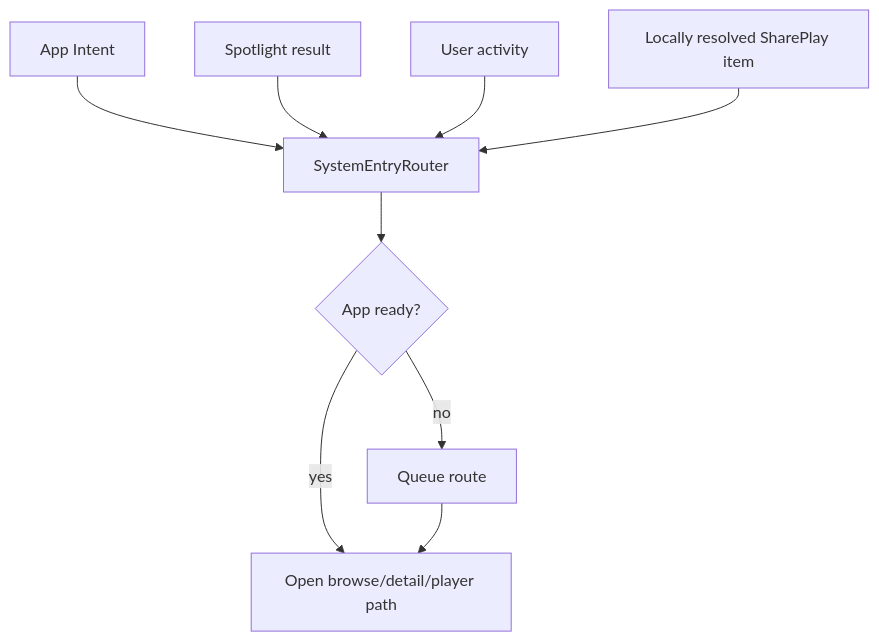
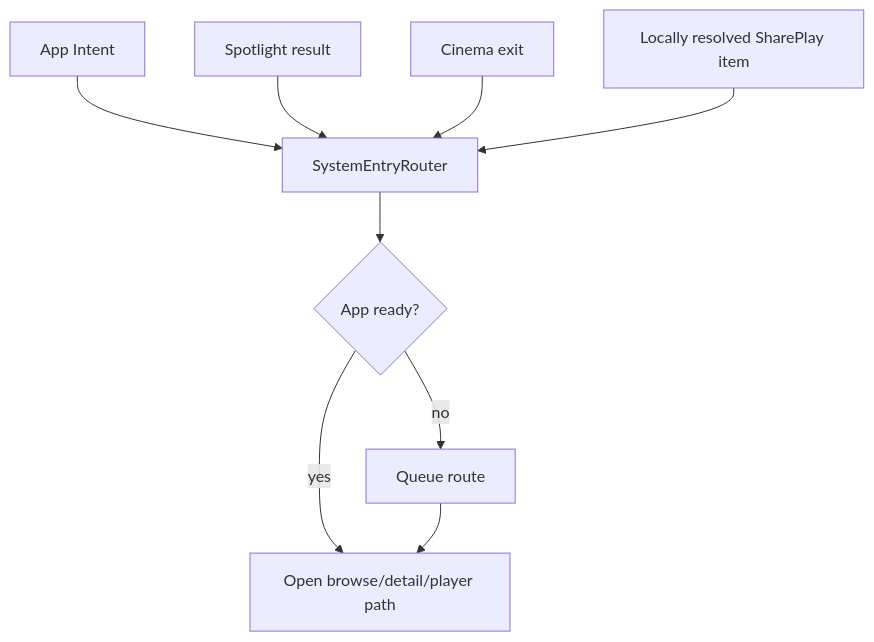
The first of 2 diagrams in docs/SYSTEM-INTEGRATION.md (jlipworth/Labstream), drawn with Mermaid before and after one commit. The commit also changed other lines of this file and 53 other files, not shown here.

````diff
--- a/docs/SYSTEM-INTEGRATION.md
+++ b/docs/SYSTEM-INTEGRATION.md
@@ -11,13 +11,13 @@
 ```mermaid
 flowchart TD
   accTitle: System entry routing
-  accDescr: App Intents, Spotlight, user activities, and participant-locally resolved SharePlay items enter one router, which waits for app restore when necessary and then opens the normal browse, detail, or player route.
+  accDescr: App Intents, Spotlight continuation, Cinema exits, and participant-locally resolved SharePlay items enter one router, which waits for app restore when necessary and then opens the normal browse, detail, or player route.
   Intent[App Intent] --> Router[SystemEntryRouter]
   Spotlight[Spotlight result] --> Router
-  Activity[User activity] --> Router
+  Cinema[Cinema exit] --> Router
   SharePlay[Locally resolved SharePlay item] --> Router
   Router --> Restore{App ready?}
   Restore -->|no| Queue[Queue route]
   Restore -->|yes| Navigate[Open browse/detail/player path]
   Queue --> Navigate
 ```
````
